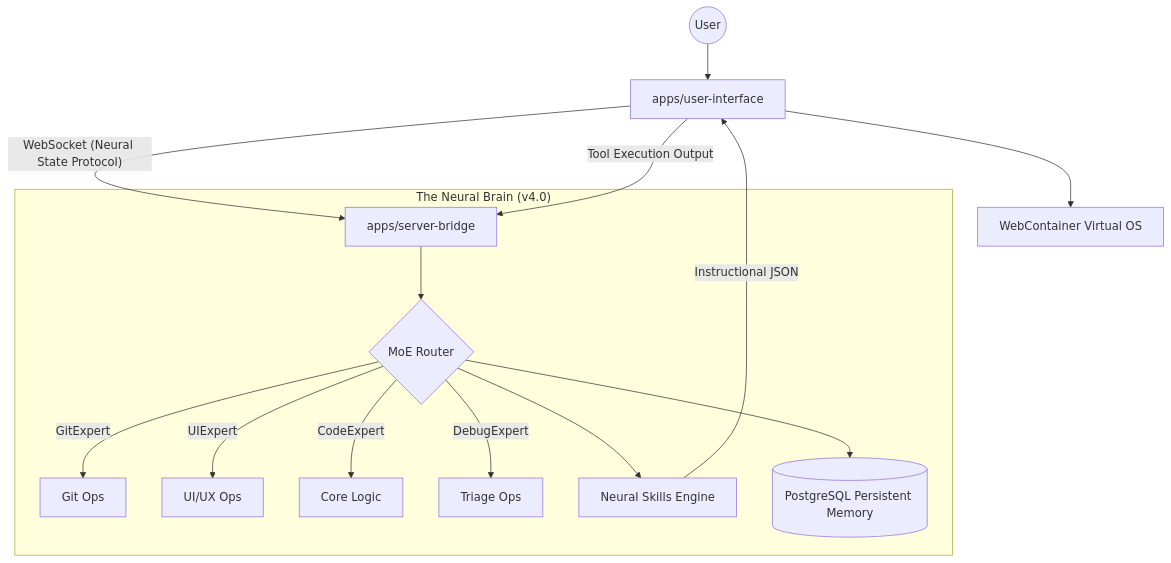
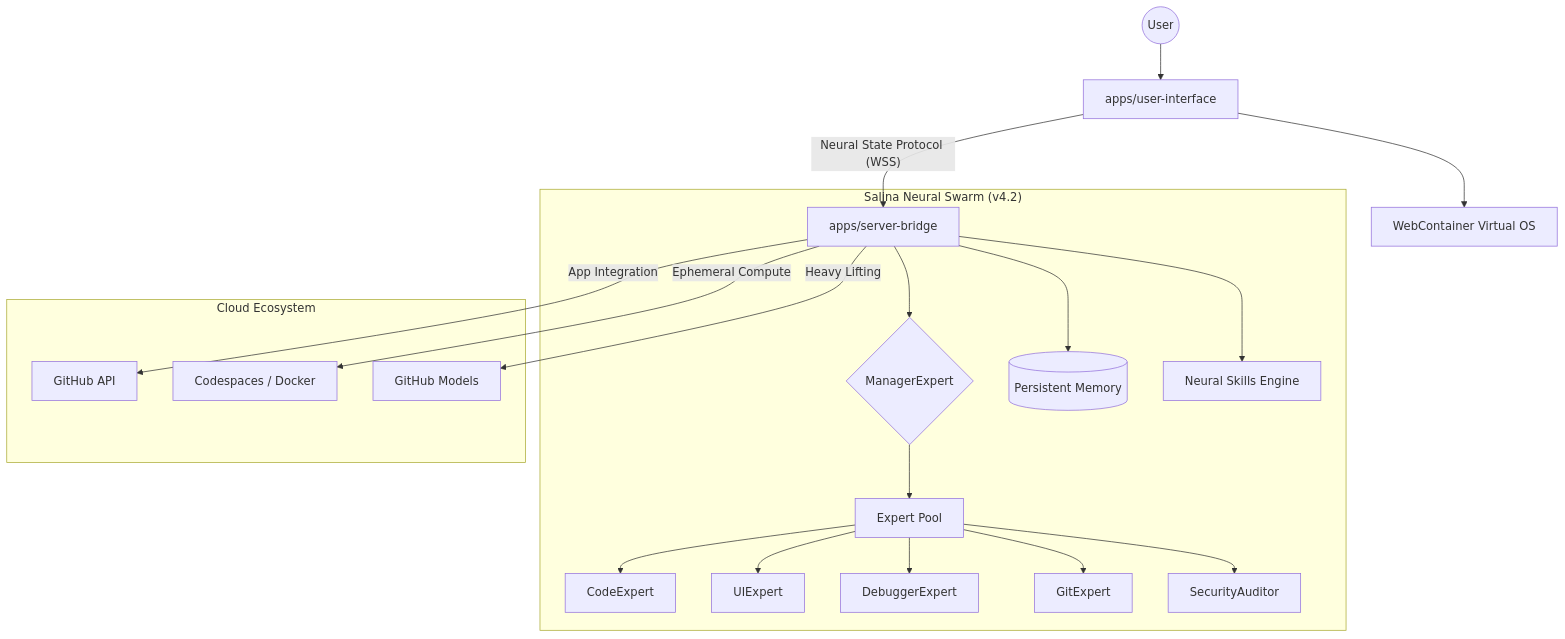
Before and after one commit to johan-droid/Vibe-Hub: the diagram in README.md, drawn with Mermaid. The commit also changed other lines of this file and 16 other files, not shown here.

Commit message:
feat: implement creative service, AI-driven UI variant generation, and isolated Docker-based security sandbox for server-bridge operations

````diff
--- a/README.md
+++ b/README.md
@@ -16,19 +16,26 @@
 ```mermaid
 graph TD
-    User((User)) --> UI[apps/user-interface]
-    UI -- "WebSocket (Neural State Protocol)" --> Bridge[apps/server-bridge]
+    User((User)) --> Cockpit[apps/user-interface]
+    Cockpit -- "Neural State Protocol (WSS)" --> Brain[apps/server-bridge]
     
-    subgraph "The Neural Brain (v4.0)"
-    Bridge --> Router{MoE Router}
-    Router -- "GitExpert" --> GE[Git Ops]
-    Router -- "UIExpert" --> UE[UI/UX Ops]
-    Router -- "CodeExpert" --> CE[Core Logic]
-    Router -- "DebugExpert" --> DE[Triage Ops]
-    Router --> Skills[Neural Skills Engine]
-    Router --> Memory[(PostgreSQL Persistent Memory)]
+    subgraph "Salina Neural Swarm (v4.2)"
+        Brain --> Manager{ManagerExpert}
+        Manager --> Experts[Expert Pool]
+        Experts --> CE[CodeExpert]
+        Experts --> UE[UIExpert]
+        Experts --> DE[DebuggerExpert]
+        Experts --> GE[GitExpert]
+        Experts --> SE[SecurityAuditor]
+        
+        Brain --> Memory[(Persistent Memory)]
+        Brain --> Skills[Neural Skills Engine]
     end
     
-    UI --> WC[WebContainer Virtual OS]
-    Skills -- "Instructional JSON" --> UI
-    UI -- "Tool Execution Output" --> Bridge
+    subgraph "Cloud Ecosystem"
+        Brain -- "App Integration" --> GH[GitHub API]
+        Brain -- "Ephemeral Compute" --> CS[Codespaces / Docker]
+        Brain -- "Heavy Lifting" --> GHM[GitHub Models]
+    end
+    
+    Cockpit --> WC[WebContainer Virtual OS]
 ```
````
